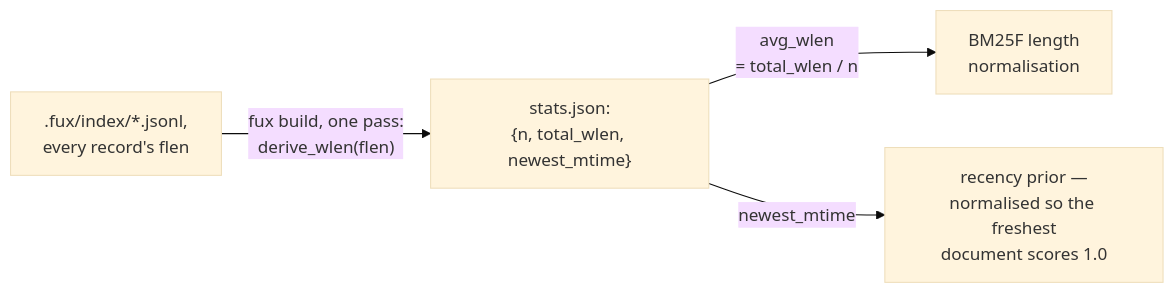
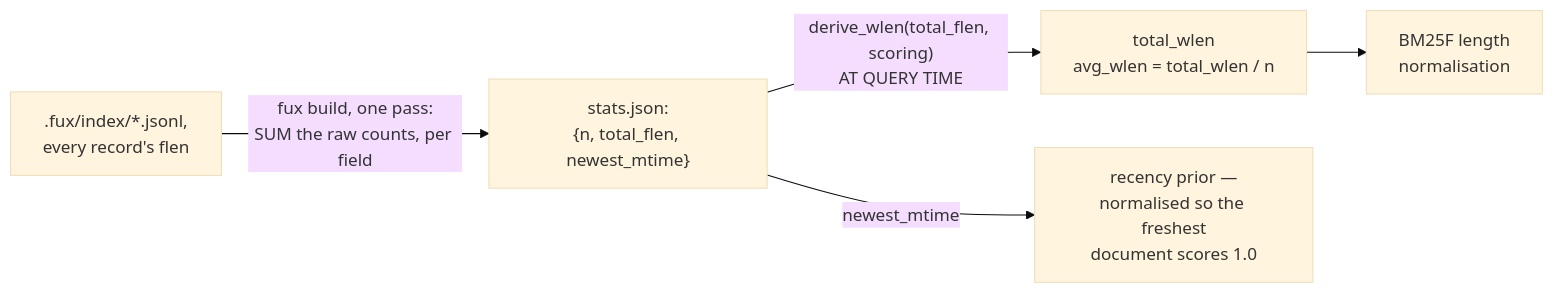
One commit to arpitarya/fux changed the diagram in docs/adr/0028_runtime-stats.md. Above: the diagram before and after it, drawn with Mermaid (base theme). The commit also changed other lines of this file and 48 other files, not shown here.

First line of the commit message:
feat: ADR-TUNE built -- the tunables file, per-source priority, and a stats plane that was baking a tunable

````diff
--- a/docs/adr/0028_runtime-stats.md
+++ b/docs/adr/0028_runtime-stats.md
@@ -49,6 +58,7 @@
 ```mermaid
 flowchart LR
-    A[".fux/index/*.jsonl,<br/>every record's flen"] -->|"fux build, one pass:<br/>derive_wlen(flen)"| B["stats.json:<br/>{n, total_wlen, newest_mtime}"]
-    B -->|"avg_wlen<br/>= total_wlen / n"| C["BM25F length<br/>normalisation"]
+    A[".fux/index/*.jsonl,<br/>every record's flen"] -->|"fux build, one pass:<br/>SUM the raw counts, per field"| B["stats.json:<br/>{n, total_flen, newest_mtime}"]
+    B -->|"derive_wlen(total_flen, scoring)<br/>AT QUERY TIME"| W["total_wlen<br/>avg_wlen = total_wlen / n"]
+    W --> C["BM25F length<br/>normalisation"]
     B -->|"newest_mtime"| D["recency prior —<br/>normalised so the freshest<br/>document scores 1.0"]
 ```
````
